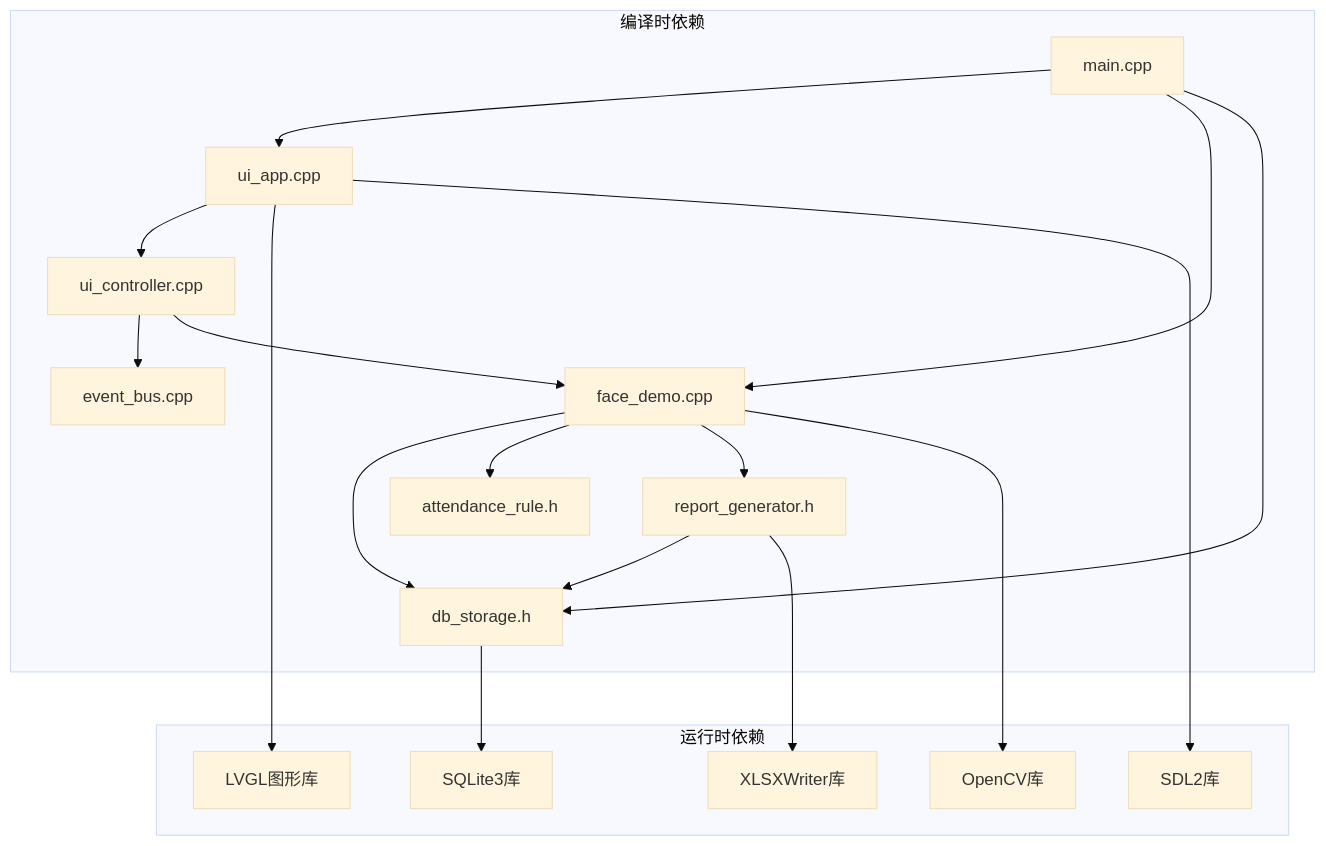
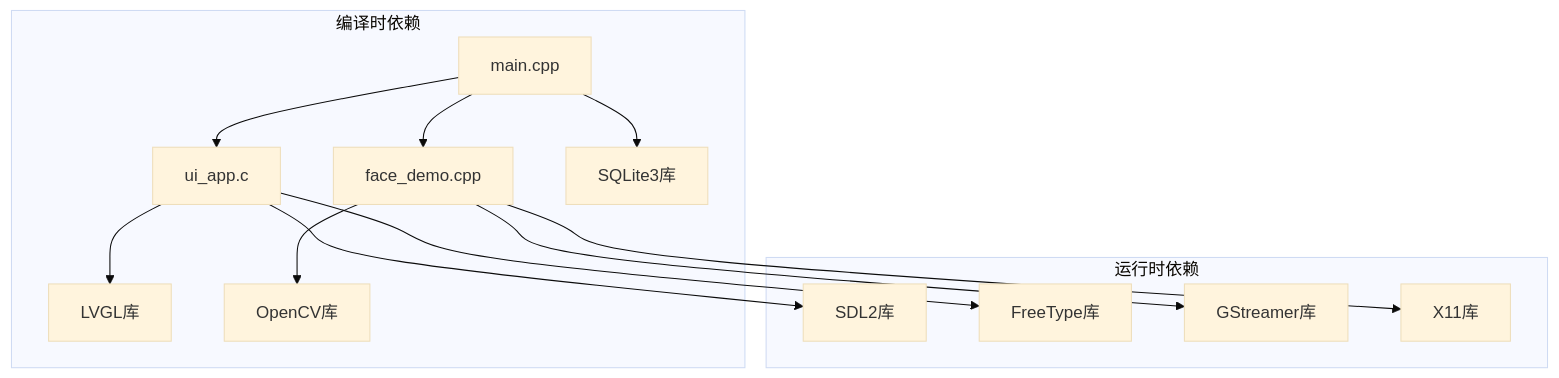
The sixth of 6 diagrams in .qoder/repowiki/zh/content/系统架构设计/系统架构设计.md (Drunk552/SmartAttendance), drawn with Mermaid (base theme) before and after one commit. The commit also changed other lines of this file and 26 other files, not shown here.

````diff
--- a/.qoder/repowiki/zh/content/系统架构设计/系统架构设计.md
+++ b/.qoder/repowiki/zh/content/系统架构设计/系统架构设计.md
@@ -381,27 +247,20 @@
 ```mermaid
 graph TB
 subgraph "编译时依赖"
-Main[main.cpp] --> UIApp[ui_app.cpp]
+Main[main.cpp] --> UIApp[ui_app.c]
 Main --> FaceDemo[face_demo.cpp]
-Main --> DBStorage[db_storage.h]
-UIApp --> UIController[ui_controller.cpp]
-UIController --> EventBus[event_bus.cpp]
-UIController --> FaceDemo
-FaceDemo --> DBStorage
-FaceDemo --> AttendanceRule[attendance_rule.h]
-FaceDemo --> ReportGen[report_generator.h]
-ReportGen --> DBStorage
+UIApp --> LVGL[LVGL库]
+FaceDemo --> OpenCV[OpenCV库]
+Main --> SQLite[SQLite3库]
 end
 subgraph "运行时依赖"
-OpenCV[OpenCV库]
-SQLite[SQLite3库]
-LVGL[LVGL图形库]
 SDL2[SDL2库]
-XLSX[XLSXWriter库]
+FreeType[FreeType库]
+GStreamer[GStreamer库]
+X11[X11库]
 end
-FaceDemo --> OpenCV
-DBStorage --> SQLite
-UIApp --> LVGL
 UIApp --> SDL2
-ReportGen --> XLSX
+UIApp --> FreeType
+FaceDemo --> GStreamer
+FaceDemo --> X11
 ```
````
